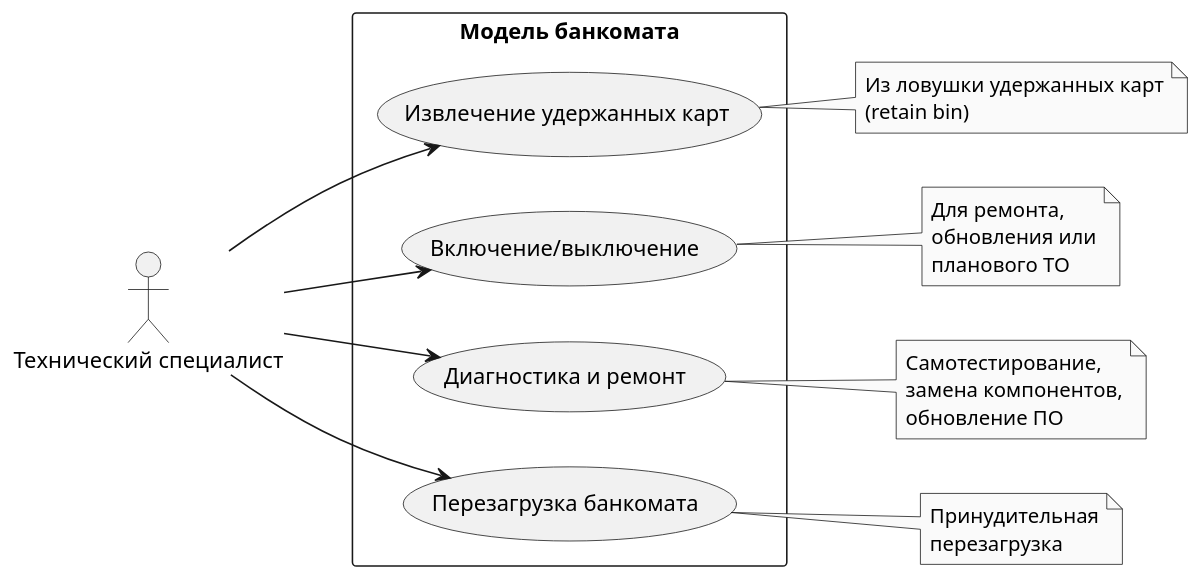
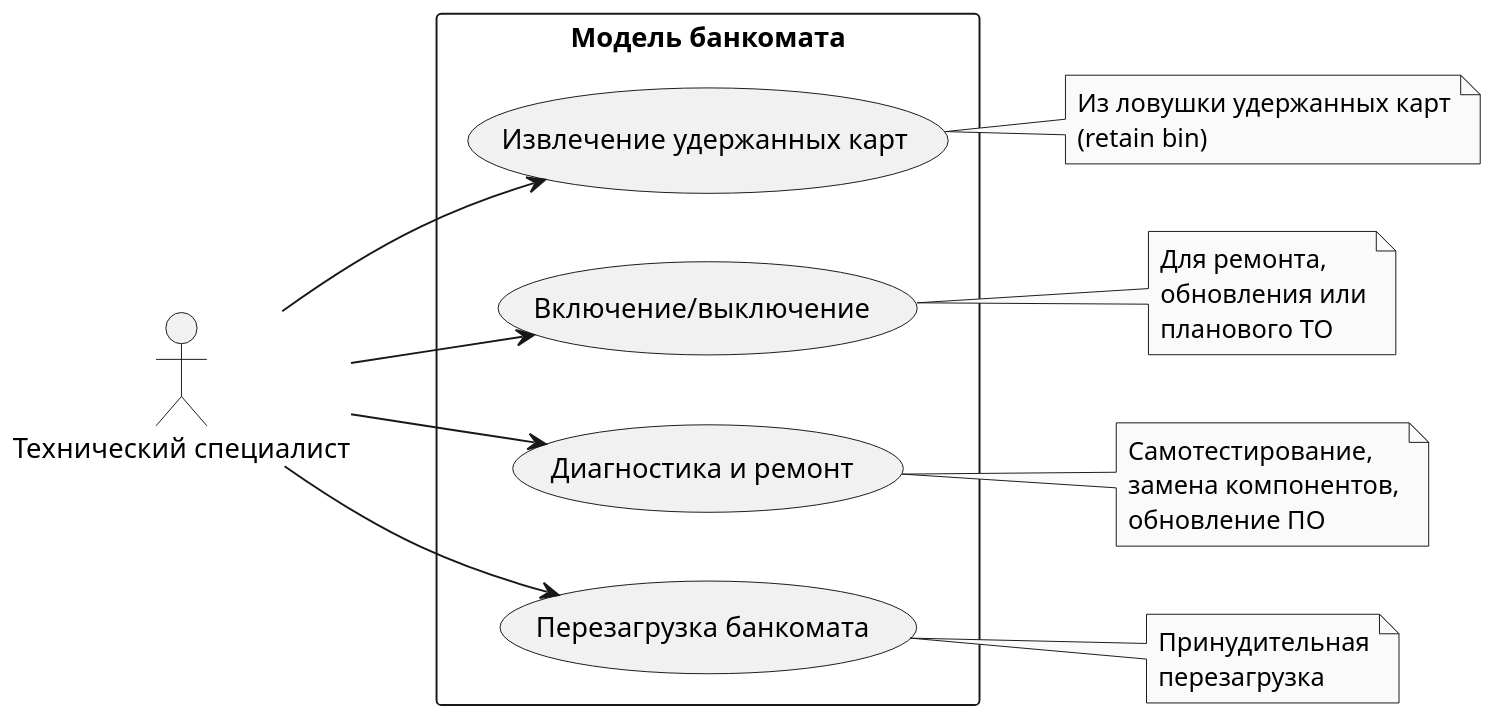
Before and after one commit to vodo4kin/PPOIS_2sem: the diagram in labs/lab_1/uml/ATM_Technician_UseCases.puml, drawn with PlantUML. The commit also changed 5 other files, not shown here.

Commit message:
Diagrams..

```diff
--- a/labs/lab_1/uml/ATM_Technician_UseCases.puml
+++ b/labs/lab_1/uml/ATM_Technician_UseCases.puml
@@ -1,45 +1,45 @@
 @startuml ATM_Technician_UseCases
 skinparam monochrome true
 skinparam shadowing false
-skinparam dpi 120
+skinparam dpi 150
 
 left to right direction
 
 actor "Технический специалист" as Technician
 
 rectangle "Модель банкомата" {
 
     usecase "Извлечение удержанных карт" as RetrieveCards
     usecase "Включение/выключение" as PowerOnOff
     usecase "Диагностика и ремонт" as DiagnosticsRepair
     usecase "Перезагрузка банкомата" as Reboot
 }
 
 Technician --> RetrieveCards
 Technician --> PowerOnOff
 Technician --> DiagnosticsRepair
 Technician --> Reboot
 
 note right of RetrieveCards
   Из ловушки удержанных карт
   (retain bin)
 end note
 
 note right of PowerOnOff
   Для ремонта,
   обновления или
   планового ТО
 end note
 
 note right of DiagnosticsRepair
   Самотестирование,
   замена компонентов,
   обновление ПО
 end note
 
 note right of Reboot
   Принудительная
   перезагрузка
 end note
 
 @enduml
```
